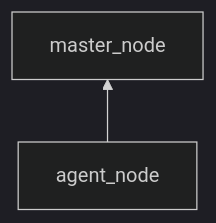
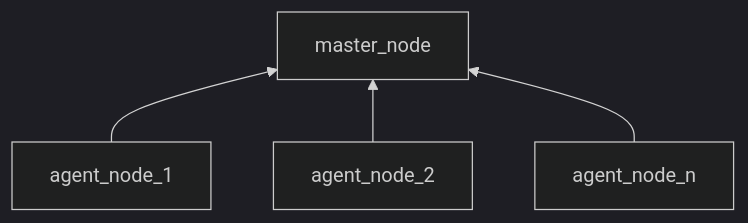
The second of 2 diagrams in README.md (brendankane04/grafana-for-embedded), drawn with Mermaid (dark theme) before and after one commit.

````diff
--- a/README.md
+++ b/README.md
@@ -88,4 +88,6 @@
 ```mermaid
 graph BT;
-      agent_node-->master_node;
+      agent_node_1-->master_node;
+      agent_node_2-->master_node;
+      agent_node_n-->master_node;
 ```
````
